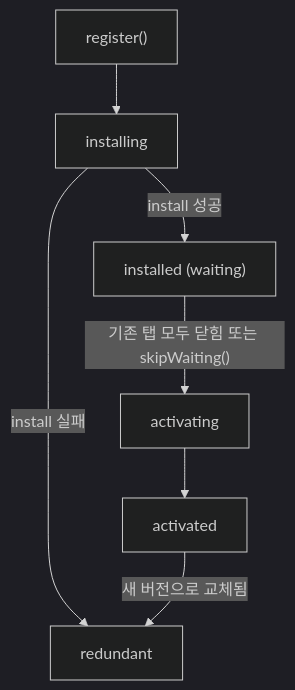
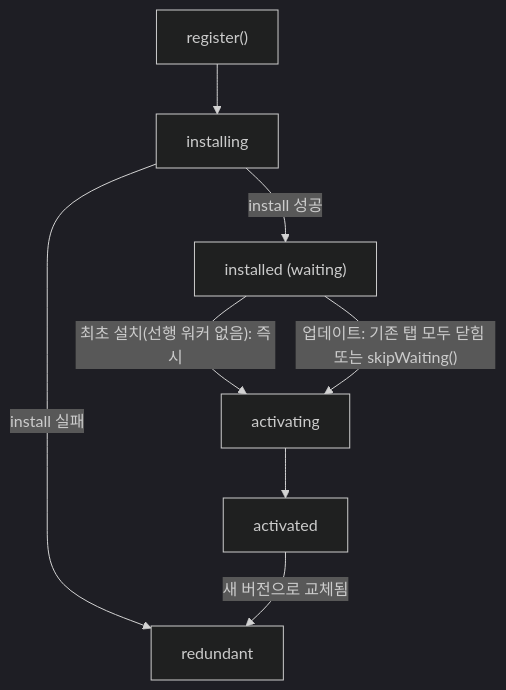
Before and after one commit to yceffort/blog: the diagram in apps/blog/posts/2026/08/service-worker-caching-1.md, drawn with Mermaid (dark theme). The commit also changed other lines of this file and 1 other file, not shown here.

````diff
--- a/apps/blog/posts/2026/08/service-worker-caching-1.md
+++ b/apps/blog/posts/2026/08/service-worker-caching-1.md
@@ -149,9 +149,10 @@
 ```mermaid
 flowchart TD
     R["register()"] --> I[installing]
     I -->|install 실패| X[redundant]
     I -->|install 성공| W["installed (waiting)"]
-    W -->|"기존 탭 모두 닫힘 또는 skipWaiting()"| A[activating]
+    W -->|"최초 설치(선행 워커 없음): 즉시"| A[activating]
+    W -->|"업데이트: 기존 탭 모두 닫힘 또는 skipWaiting()"| A
     A --> AC[activated]
     AC -->|새 버전으로 교체됨| X
 ```
````
